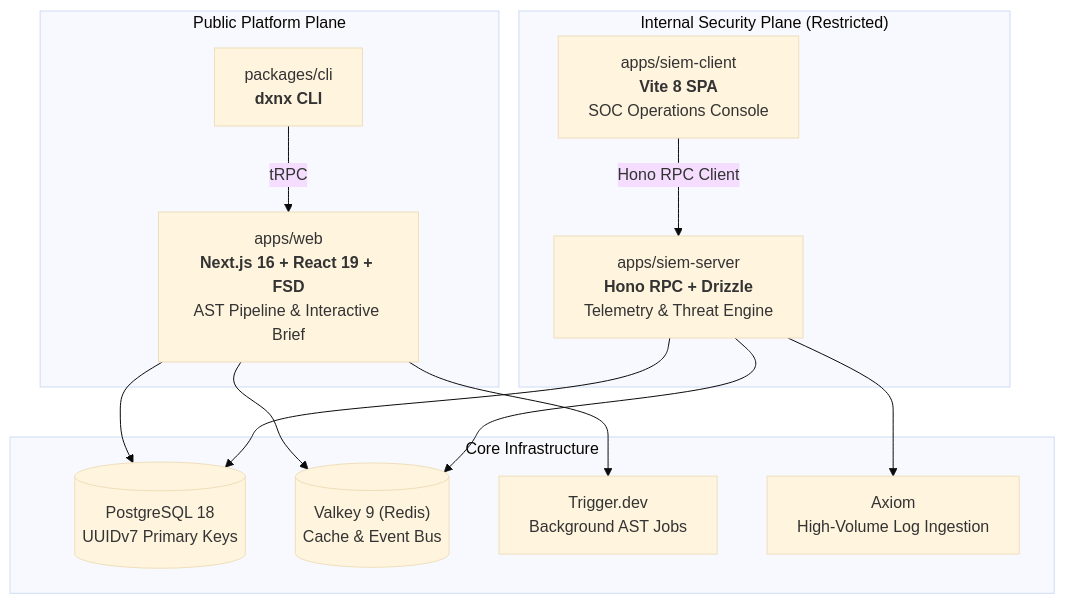
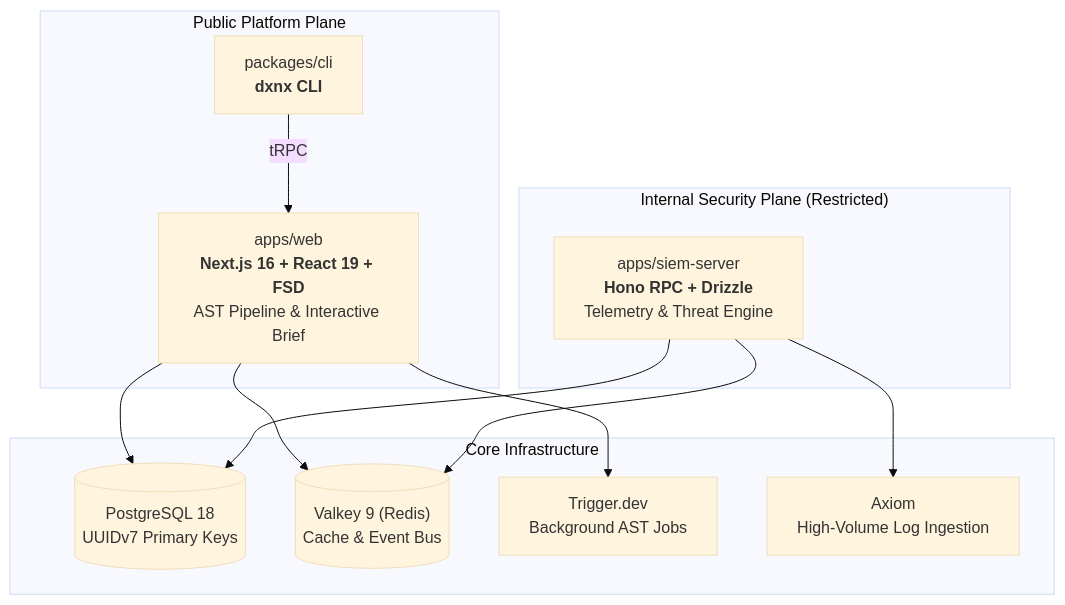
The diagram in README.md (doxynix/doxynix), drawn with Mermaid (base theme) before and after one commit. The commit also changed other lines of this file and 170 other files, not shown here.

Commit message:
refactor(root): remove siem-client and add shared siem contracts (#2352)

````diff
--- a/README.md
+++ b/README.md
@@ -46,29 +46,27 @@
 ```mermaid
 graph TB
     subgraph PublicPlane [" Public Platform Plane "]
         CLI["packages/cli<br/><b>dxnx CLI</b>"]
         WEB["apps/web<br/><b>Next.js 16 + React 19 + FSD</b><br/>AST Pipeline & Interactive Brief"]
     end
 
     subgraph InternalPlane [" Internal Security Plane (Restricted) "]
-        SIEM_CLIENT["apps/siem-client<br/><b>Vite 8 SPA</b><br/>SOC Operations Console"]
         SIEM_SERVER["apps/siem-server<br/><b>Hono RPC + Drizzle</b><br/>Telemetry & Threat Engine"]
     end
 
     subgraph InfraLayer [" Core Infrastructure "]
         PG[("PostgreSQL 18<br/>UUIDv7 Primary Keys")]
         VALKEY[("Valkey 9 (Redis)<br/>Cache & Event Bus")]
         TRIGGER["Trigger.dev<br/>Background AST Jobs"]
         AXIOM["Axiom<br/>High-Volume Log Ingestion"]
     end
 
     CLI -->|tRPC| WEB
     WEB --> PG
     WEB --> VALKEY
     WEB --> TRIGGER
 
-    SIEM_CLIENT -->|Hono RPC Client| SIEM_SERVER
     SIEM_SERVER --> PG
     SIEM_SERVER --> VALKEY
     SIEM_SERVER --> AXIOM
 ```
````
